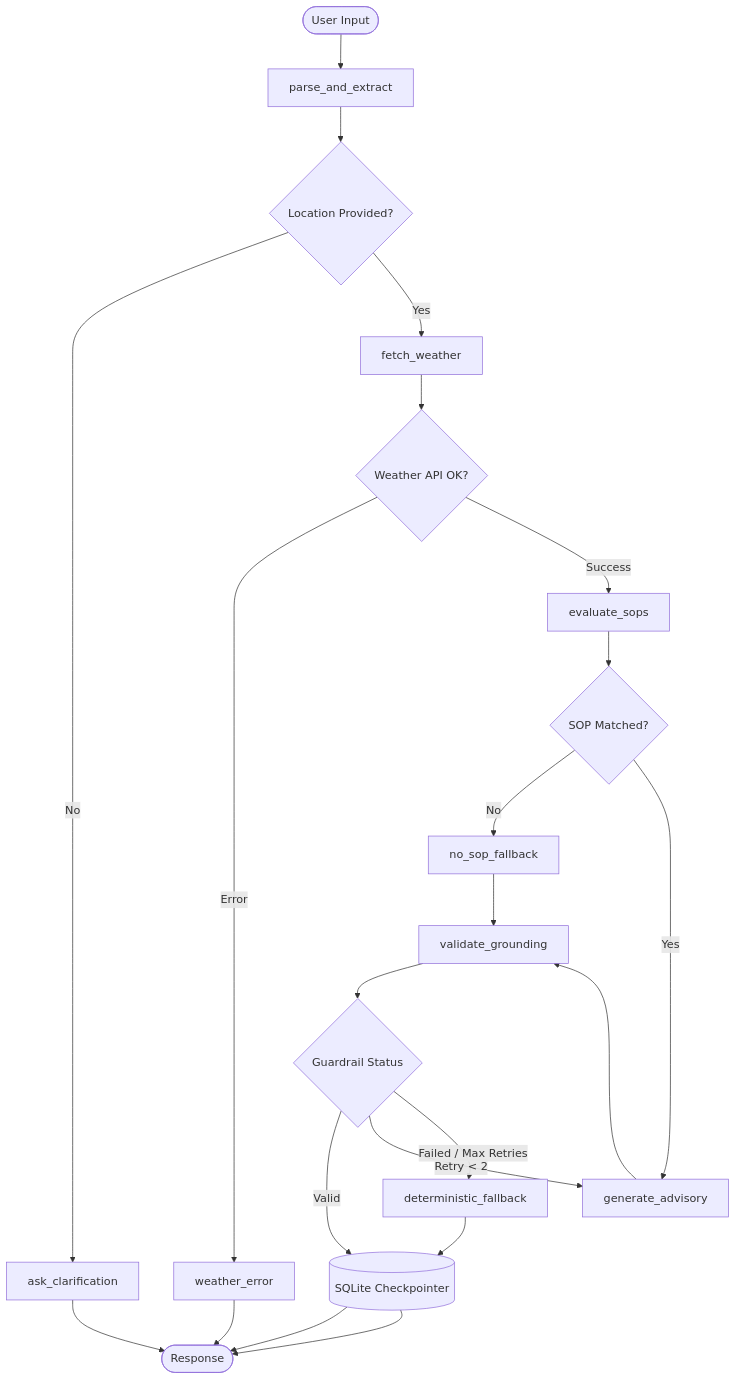
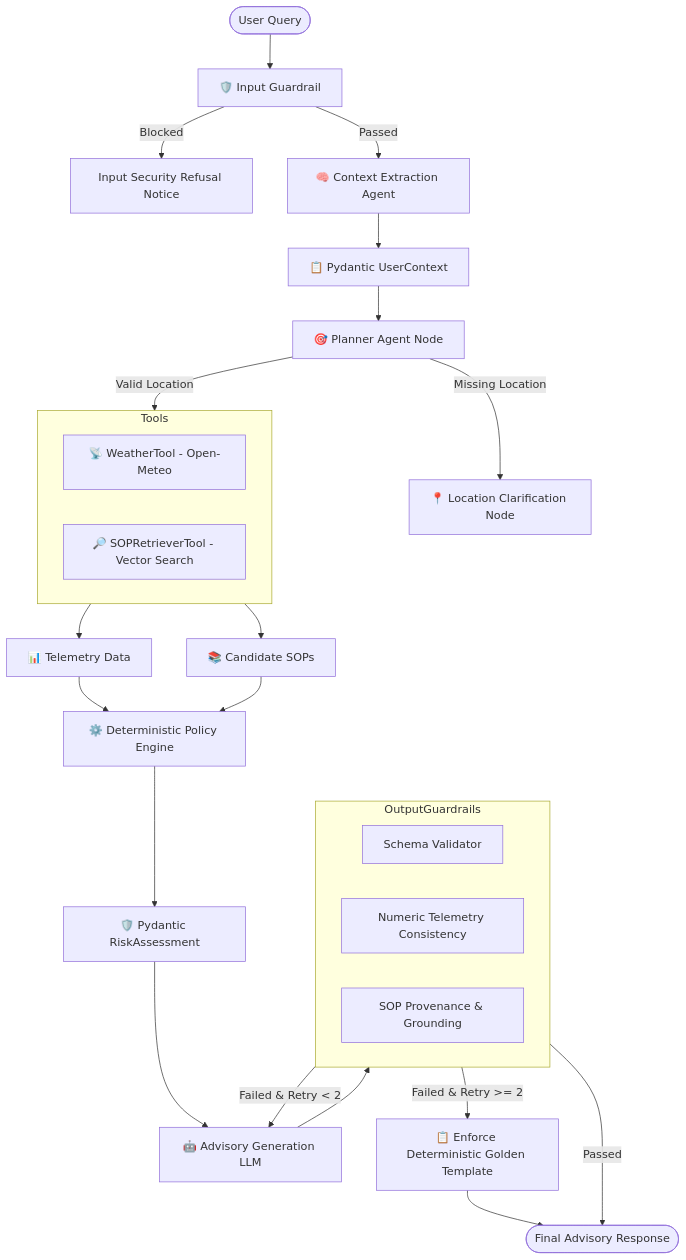
One commit to Abhi35968/CliniGuard changed the diagram in README.md. Above: the diagram before and after it, drawn with Mermaid. The commit also changed other lines of this file and 38 other files, not shown here.

````diff
--- a/README.md
+++ b/README.md
@@ -27,24 +29,39 @@
 ```mermaid
-flowchart TD
-    Start([User Input]) --> Parse[parse_and_extract]
+graph TD
+    User([User Query]) --> InputGuardrail[🛡️ Input Guardrail]
+    InputGuardrail -- Blocked --> RefusalResponse[Input Security Refusal Notice]
+    InputGuardrail -- Passed --> ContextAgent[🧠 Context Extraction Agent]
     
-    Parse --> CheckLoc{Location Provided?}
-    CheckLoc -- No --> AskClar[ask_clarification] --> End([Response])
-    CheckLoc -- Yes --> FetchWeather[fetch_weather]
+    ContextAgent --> UserContext[📋 Pydantic UserContext]
+    UserContext --> PlannerAgent[🎯 Planner Agent Node]
     
-    FetchWeather --> CheckWeather{Weather API OK?}
-    CheckWeather -- Error --> WeatherErr[weather_error] --> End
-    CheckWeather -- Success --> EvalSOP[evaluate_sops]
+    PlannerAgent -- Missing Location --> ClarificationNode[📍 Location Clarification Node]
+    PlannerAgent -- Valid Location --> Tools[🛠️ Execution Tools]
     
-    EvalSOP --> CheckSOP{SOP Matched?}
-    CheckSOP -- No --> NoSOP[no_sop_fallback]
-    CheckSOP -- Yes --> GenAdvisory[generate_advisory]
+    subgraph Tools
+        WeatherTool[📡 WeatherTool - Open-Meteo]
+        SOPTool[🔎 SOPRetrieverTool - Vector Search]
+    end
     
-    NoSOP --> Validate[validate_grounding]
-    GenAdvisory --> Validate
+    Tools --> TelemetryData[📊 Telemetry Data]
+    Tools --> SOPCandidates[📚 Candidate SOPs]
     
-    Validate --> CheckGround{Guardrail Status}
-    CheckGround -- Valid --> SaveDB[(SQLite Checkpointer)] --> End
-    CheckGround -- Retry < 2 --> GenAdvisory
-    CheckGround -- Failed / Max Retries --> Fallback[deterministic_fallback] --> SaveDB --> End
+    TelemetryData --> PolicyEngine[⚙️ Deterministic Policy Engine]
+    SOPCandidates --> PolicyEngine
+    
+    PolicyEngine --> RiskAssessment[🛡️ Pydantic RiskAssessment]
+    
+    RiskAssessment --> AdvisoryLLM[🤖 Advisory Generation LLM]
+    AdvisoryLLM --> OutputGuardrails[🛡️ Output Guardrail Pipeline]
+    
+    subgraph OutputGuardrails
+        SchemaCheck[Schema Validator]
+        NumericCheck[Numeric Telemetry Consistency]
+        GroundingCheck[SOP Provenance & Grounding]
+    end
+    
+    OutputGuardrails -- Passed --> FinalResponse([Final Advisory Response])
+    OutputGuardrails -- Failed & Retry < 2 --> AdvisoryLLM
+    OutputGuardrails -- Failed & Retry >= 2 --> GoldenFallback[📋 Enforce Deterministic Golden Template]
+    GoldenFallback --> FinalResponse
 ```
````
